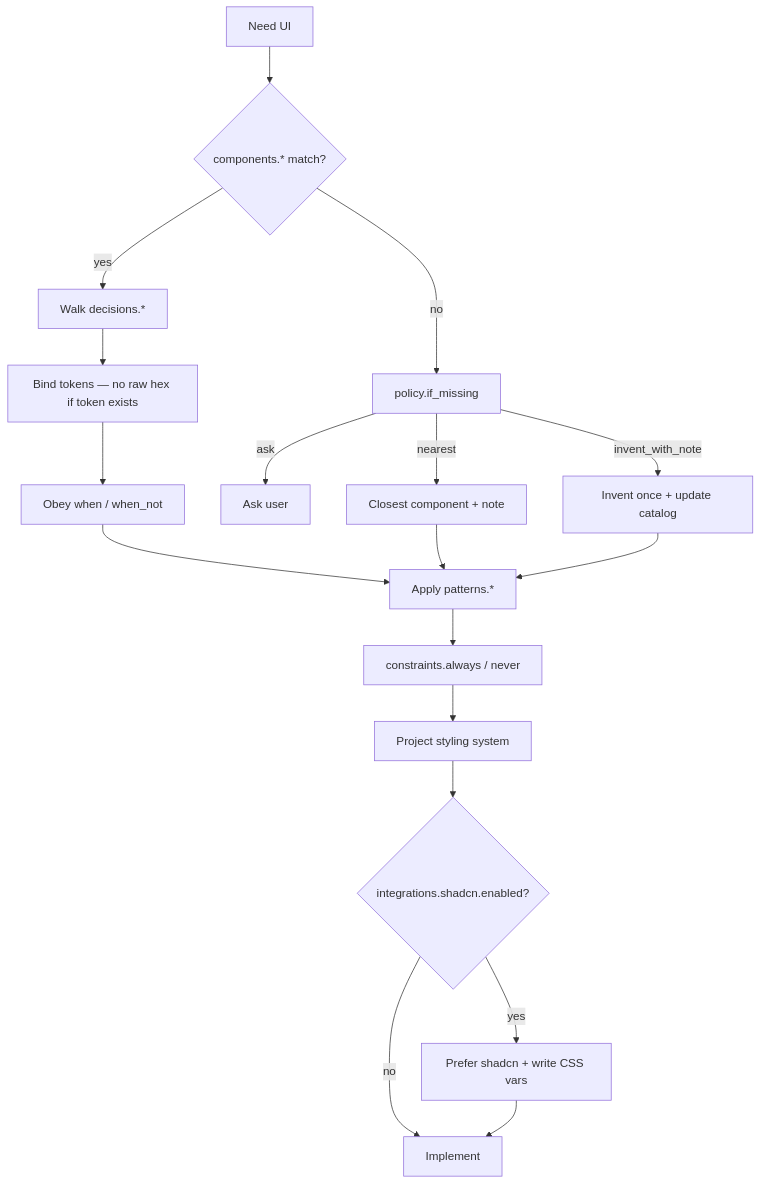
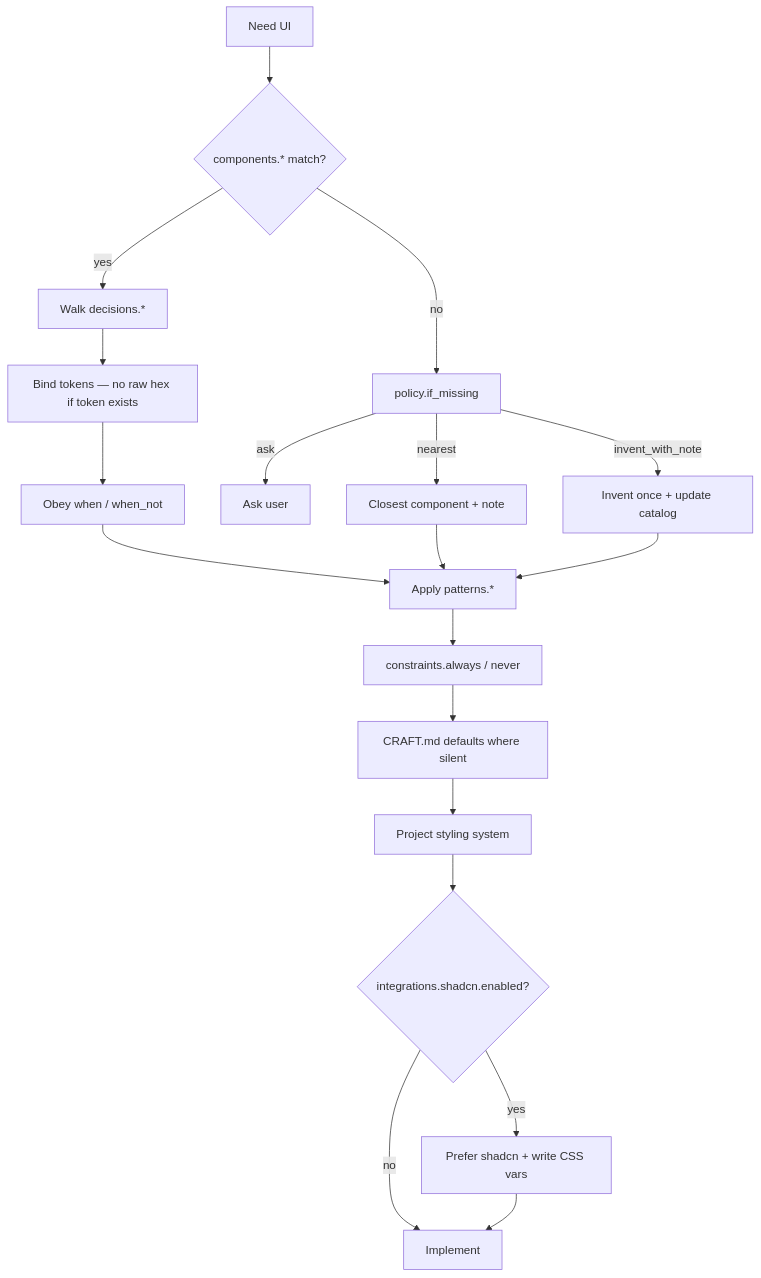
The second of 2 diagrams in docs/agent-consumption.md (AgentsORG/DESIGN), drawn with Mermaid before and after one commit. The commit also changed other lines of this file and 13 other files, not shown here.

````diff
--- a/docs/agent-consumption.md
+++ b/docs/agent-consumption.md
@@ -47,20 +47,21 @@
 ```mermaid
 flowchart TD
   Need[Need UI] --> Match{components.* match?}
   Match -->|yes| Dec[Walk decisions.*]
   Dec --> Bind[Bind tokens — no raw hex if token exists]
   Bind --> When[Obey when / when_not]
   Match -->|no| Miss[policy.if_missing]
   Miss -->|ask| Ask[Ask user]
   Miss -->|nearest| Near[Closest component + note]
   Miss -->|invent_with_note| Inv[Invent once + update catalog]
   When --> Pat[Apply patterns.*]
   Near --> Pat
   Inv --> Pat
   Pat --> Con[constraints.always / never]
-  Con --> Stack[Project styling system]
+  Con --> Craft[CRAFT.md defaults where silent]
+  Craft --> Stack[Project styling system]
   Stack --> Shad{integrations.shadcn.enabled?}
   Shad -->|yes| Pref[Prefer shadcn + write CSS vars]
   Shad -->|no| Done[Implement]
   Pref --> Done
 ```
````
